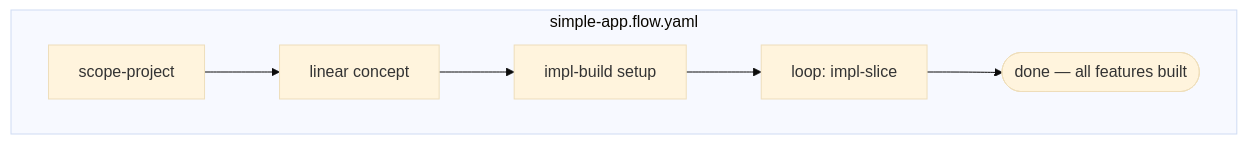
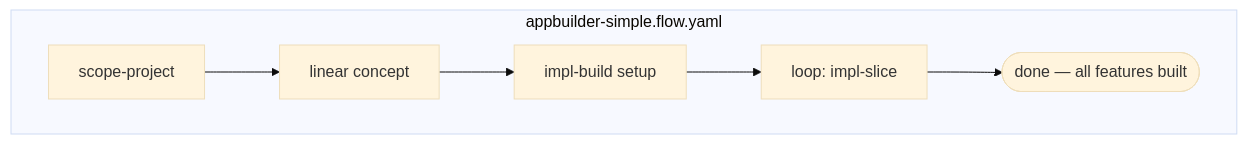
One commit to skaile-ai/ai-assets-skaileup changed the second of 4 diagrams in docs/src/content/docs/intro/flows-and-bundles.mdx. Above: the diagram before and after it, drawn with Mermaid (base theme). The commit also changed other lines of this file and 111 other files, not shown here.

First line of the commit message:
feat(flows): add impl-only flows + rename tiers to appbuilder-*

````diff
--- a/docs/src/content/docs/intro/flows-and-bundles.mdx
+++ b/docs/src/content/docs/intro/flows-and-bundles.mdx
@@ -90,7 +90,7 @@
 ```mermaid
 flowchart LR
-  subgraph simple["simple-app.flow.yaml"]
+  subgraph simple["appbuilder-simple.flow.yaml"]
     direction LR
     s1[scope-project] --> s2[linear concept] --> s3[impl-build setup] --> s4["loop: impl-slice"] --> s5([done — all features built])
   end
 ```
````
